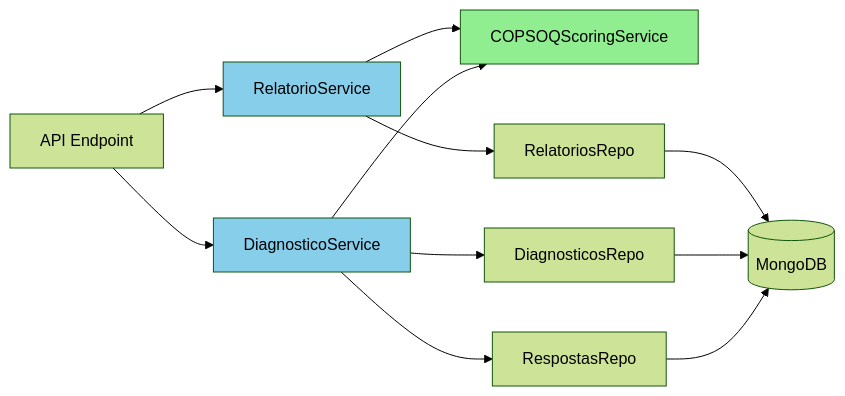
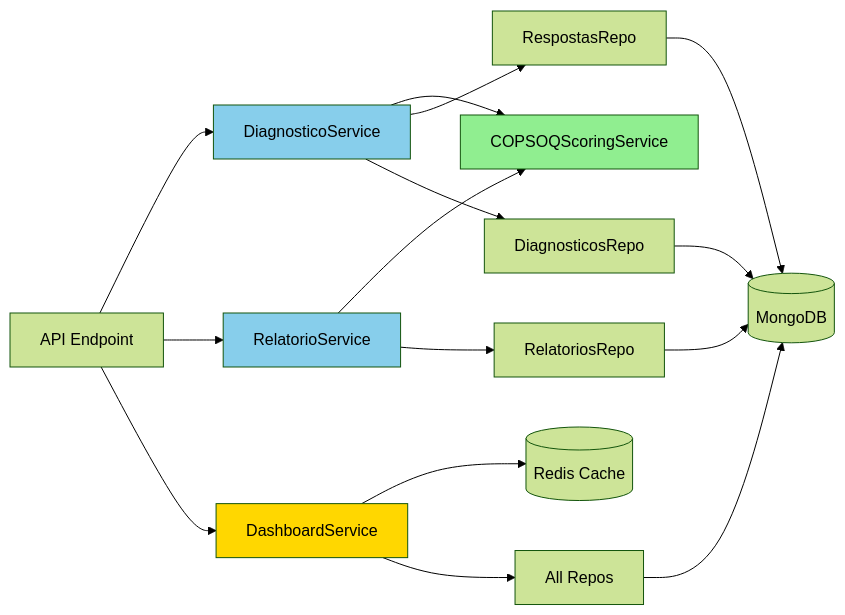
Before and after one commit to OrganizeMe-LuzIA/LuzIA: the diagram in docs/backend/SERVICOS.md, drawn with Mermaid (forest theme). The commit also changed other lines of this file and 12 other files, not shown here.

````diff
--- a/docs/backend/SERVICOS.md
+++ b/docs/backend/SERVICOS.md
@@ -514,17 +538,22 @@
 ```mermaid
 graph LR
     API[API Endpoint] --> DS[DiagnosticoService]
     API --> RS[RelatorioService]
+    API --> DBS[DashboardService]
     DS --> CS[COPSOQScoringService]
     RS --> CS
+    DBS --> Cache[(Redis Cache)]
     DS --> REPO1[RespostasRepo]
     DS --> REPO2[DiagnosticosRepo]
     RS --> REPO3[RelatoriosRepo]
+    DBS --> REPO4[All Repos]
     REPO1 --> DB[(MongoDB)]
     REPO2 --> DB
     REPO3 --> DB
+    REPO4 --> DB
     
     style CS fill:#90EE90
     style DS fill:#87CEEB
     style RS fill:#87CEEB
+    style DBS fill:#FFD700
 ```
````
